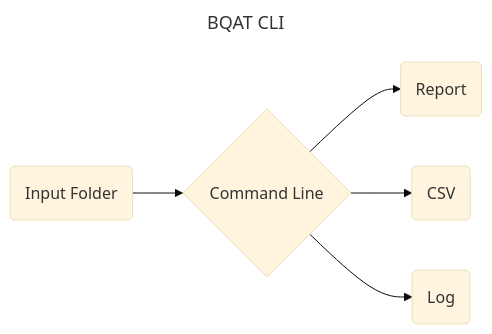
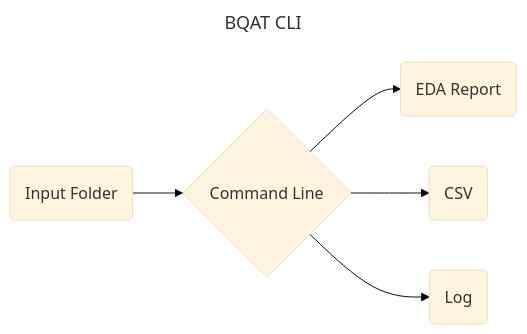
The third of 6 diagrams in index/framework.md (Biometix/biometix.github.io), drawn with Mermaid (base theme) before and after one commit. The commit also changed other lines of this file and 2 other files, not shown here.

````diff
--- a/index/framework.md
+++ b/index/framework.md
@@ -49,10 +49,10 @@
 ``` mermaid
 ---
 title: BQAT CLI
 ---
 graph LR
     input(Input Folder) --> cli{Command Line}
-    cli{Command Line} --> report(Report)
+    cli{Command Line} --> report(EDA Report)
     cli{Command Line} --> output(CSV)
     cli{Command Line} --> log(Log)
 ```
````
